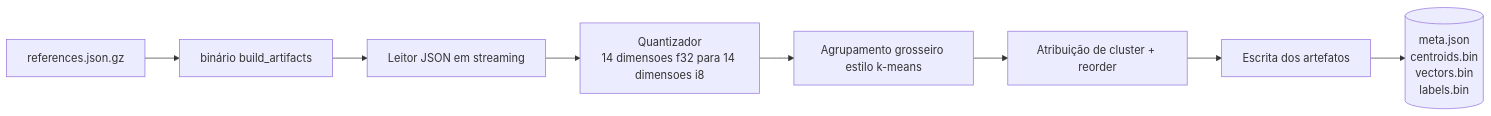
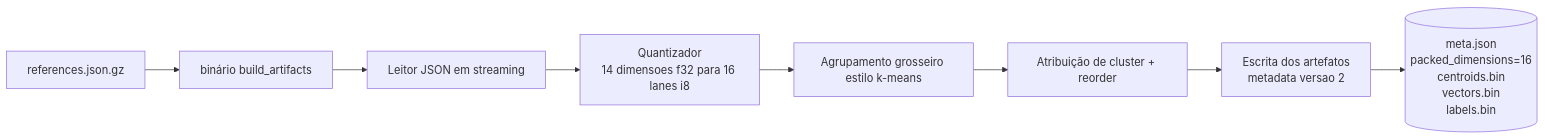
Before and after one commit to rwebler/rinha-de-backend-2026: the fourth of 5 diagrams in docs/br/IMPLEMENTACAO_C4.md, drawn with Mermaid. The commit also changed other lines of this file and 4 other files, not shown here.

````diff
--- a/docs/br/IMPLEMENTACAO_C4.md
+++ b/docs/br/IMPLEMENTACAO_C4.md
@@ -101,19 +102,19 @@
 ```mermaid
 flowchart LR
     raw[references.json.gz]
     build[binário build_artifacts]
     stream[Leitor JSON em streaming]
-    quantize[Quantizador<br/>14 dimensoes f32 para 14 dimensoes i8]
+    quantize[Quantizador<br/>14 dimensoes f32 para 16 lanes i8]
     cluster[Agrupamento grosseiro estilo k-means]
     assign[Atribuição de cluster + reorder]
-    write[Escrita dos artefatos]
-    out[(meta.json<br/>centroids.bin<br/>vectors.bin<br/>labels.bin)]
+    write[Escrita dos artefatos<br/>metadata versao 2]
+    out[(meta.json<br/>packed_dimensions=16<br/>centroids.bin<br/>vectors.bin<br/>labels.bin)]
 
     raw --> build
     build --> stream
     stream --> quantize
     quantize --> cluster
     cluster --> assign
     assign --> write
     write --> out
 ```
````
